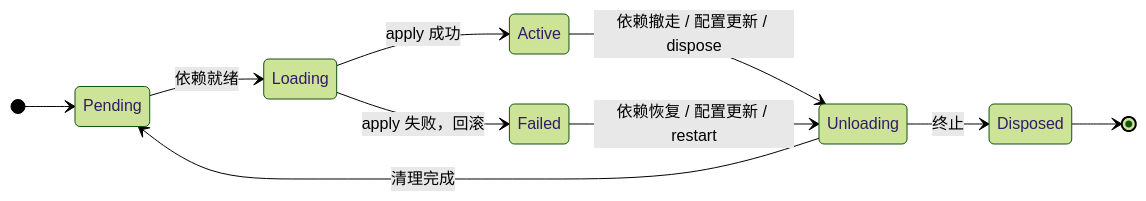
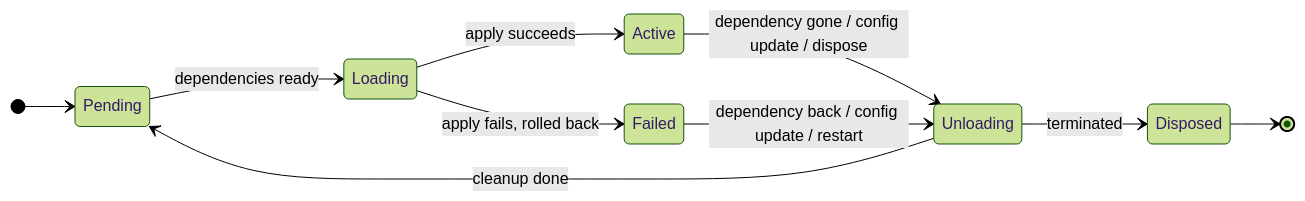
The diagram in README.md (CoutinhoTTS/rutis), drawn with Mermaid (forest theme) before and after one commit. The commit also changed other lines of this file and 7 other files, not shown here.

````diff
--- a/README.md
+++ b/README.md
@@ -141,13 +141,13 @@
 ```mermaid
 stateDiagram-v2
     direction LR
     [*] --> Pending
-    Pending --> Loading : 依赖就绪
-    Loading --> Active : apply 成功
-    Loading --> Failed : apply 失败，回滚
-    Active --> Unloading : 依赖撤走 / 配置更新 / dispose
-    Failed --> Unloading : 依赖恢复 / 配置更新 / restart
-    Unloading --> Pending : 清理完成
-    Unloading --> Disposed : 终止
+    Pending --> Loading : dependencies ready
+    Loading --> Active : apply succeeds
+    Loading --> Failed : apply fails, rolled back
+    Active --> Unloading : dependency gone / config update / dispose
+    Failed --> Unloading : dependency back / config update / restart
+    Unloading --> Pending : cleanup done
+    Unloading --> Disposed : terminated
     Disposed --> [*]
 ```
````
